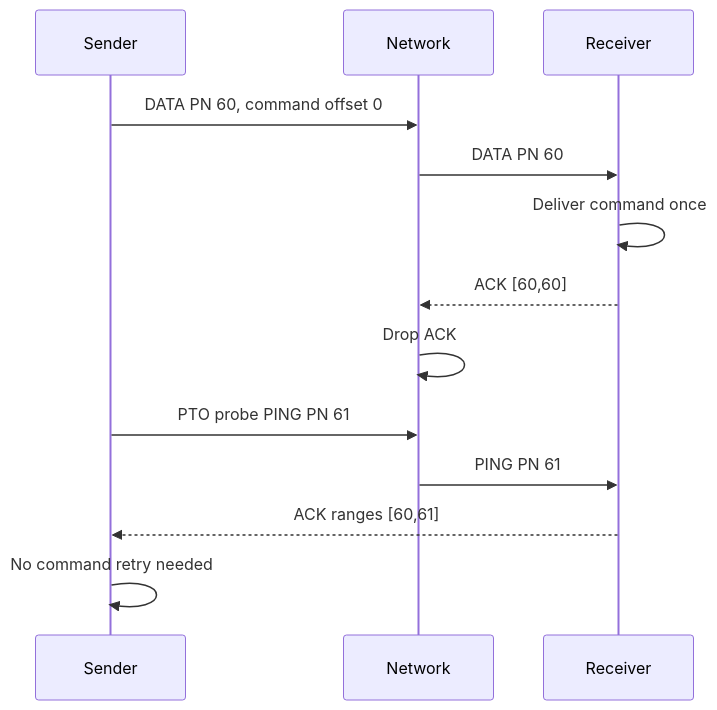
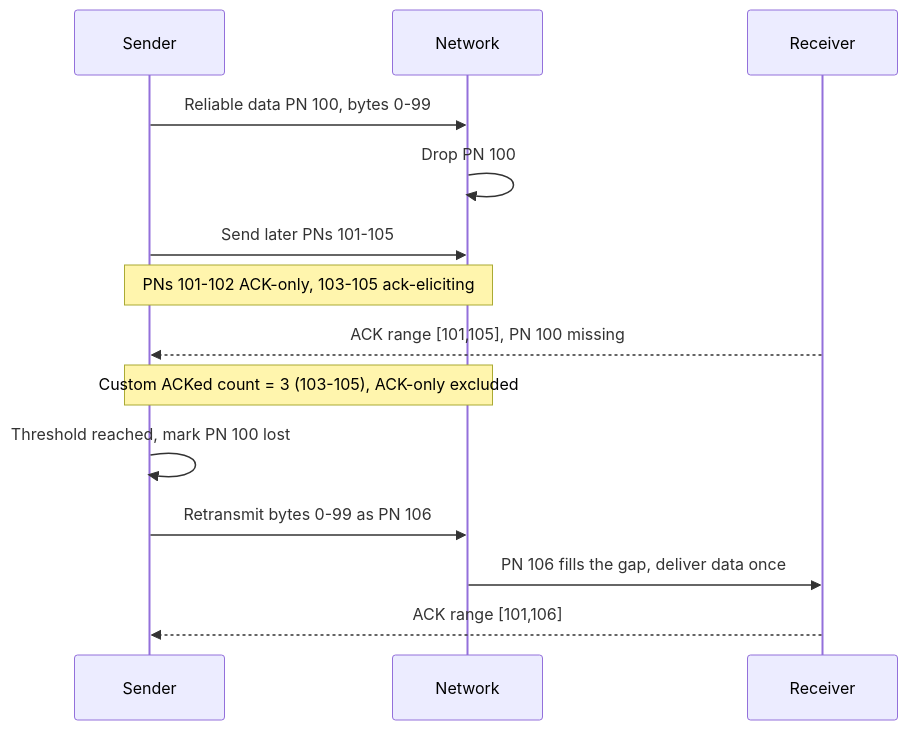
The second of 2 diagrams in docs/reliability-lab2-presentation.md (TiKyisme/co3094-lab2-network-streaming), drawn with Mermaid before and after one commit. The commit also changed other lines of this file and 6 other files, not shown here.

````diff
--- a/docs/reliability-lab2-presentation.md
+++ b/docs/reliability-lab2-presentation.md
@@ -64,15 +65,16 @@
 ```mermaid
 sequenceDiagram
     participant S as Sender
     participant N as Network
     participant R as Receiver
-    S->>N: DATA PN 60, command offset 0
-    N->>R: DATA PN 60
-    R->>R: Deliver command once
-    R-->>N: ACK [60,60]
-    N->>N: Drop ACK
-    S->>N: PTO probe PING PN 61
-    N->>R: PING PN 61
-    R-->>S: ACK ranges [60,61]
-    S->>S: No command retry needed
+    S->>N: Reliable data PN 100, bytes 0-99
+    N->>N: Drop PN 100
+    S->>N: Send later PNs 101-105
+    Note over S,N: PNs 101-102 ACK-only, 103-105 ack-eliciting
+    R-->>S: ACK range [101,105], PN 100 missing
+    Note over S,N: Custom ACKed count = 3 (103-105), ACK-only excluded
+    S->>S: Threshold reached, mark PN 100 lost
+    S->>N: Retransmit bytes 0-99 as PN 106
+    N->>R: PN 106 fills the gap, deliver data once
+    R-->>S: ACK range [101,106]
 ```
````
